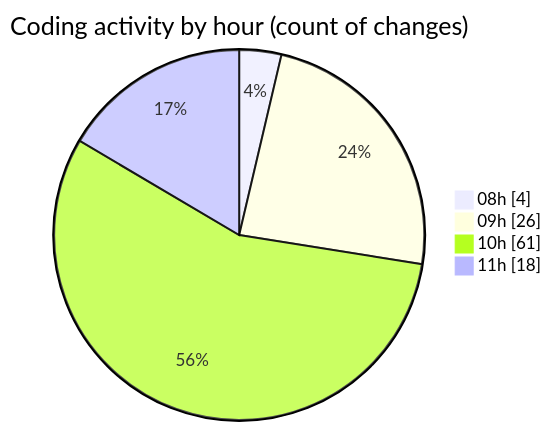
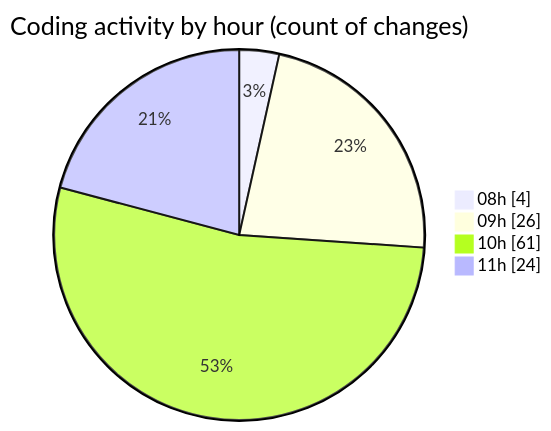
Before and after one commit to becaeroporto-bot/code-tracking: the second of 2 diagrams in 2026-02-19/bot_v1_2/README.md, drawn with Mermaid. The commit also changed other lines of this file and 1 other file, not shown here.

````diff
--- a/2026-02-19/bot_v1_2/README.md
+++ b/2026-02-19/bot_v1_2/README.md
@@ -37,8 +37,8 @@
 ```mermaid
 pie showData
 title Coding activity by hour (count of changes)
 "08h" : 4
 "09h" : 26
 "10h" : 61
-"11h" : 18
+"11h" : 24
 ```
````
